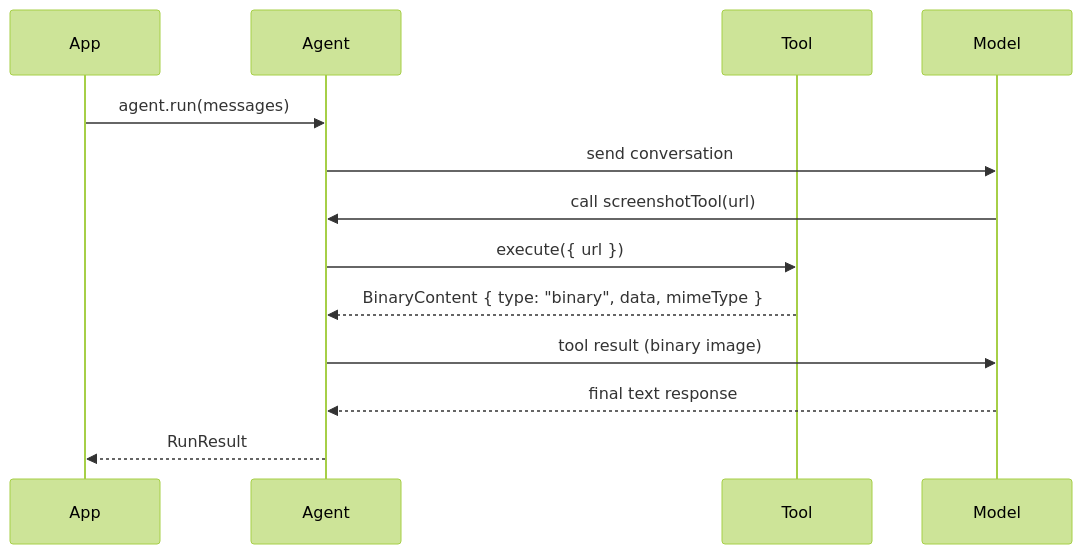
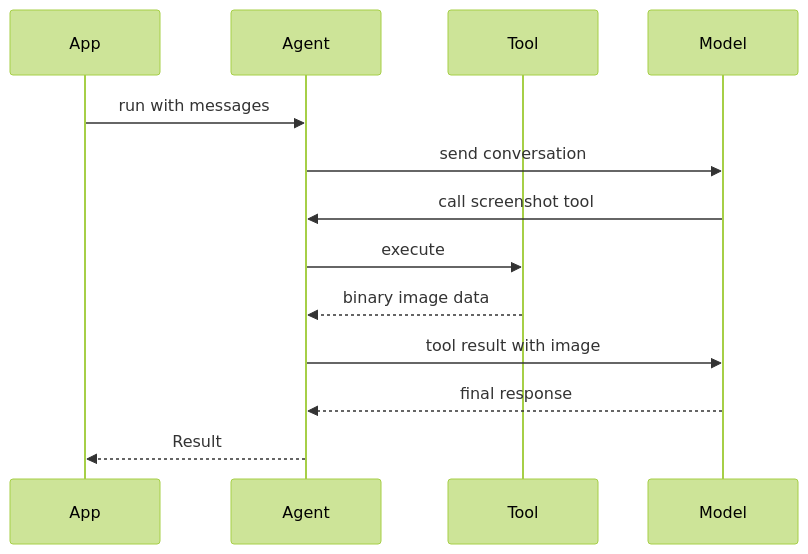
One commit to a7ul/vibes changed the second of 2 diagrams in packages/framework/docs/advanced/multimodal.mdx. Above: the diagram before and after it, drawn with Mermaid (forest theme). The commit also changed other lines of this file and 26 other files, not shown here.

````diff
--- a/packages/framework/docs/advanced/multimodal.mdx
+++ b/packages/framework/docs/advanced/multimodal.mdx
@@ -216,16 +216,16 @@
 ```mermaid
 sequenceDiagram
     participant App
     participant Agent
     participant Tool
     participant Model
 
-    App->>Agent: agent.run(messages)
+    App->>Agent: run with messages
     Agent->>Model: send conversation
-    Model->>Agent: call screenshotTool(url)
-    Agent->>Tool: execute({ url })
-    Tool-->>Agent: BinaryContent { type: "binary", data, mimeType }
-    Agent->>Model: tool result (binary image)
-    Model-->>Agent: final text response
-    Agent-->>App: RunResult
+    Model->>Agent: call screenshot tool
+    Agent->>Tool: execute
+    Tool-->>Agent: binary image data
+    Agent->>Model: tool result with image
+    Model-->>Agent: final response
+    Agent-->>App: Result
 ```
````
